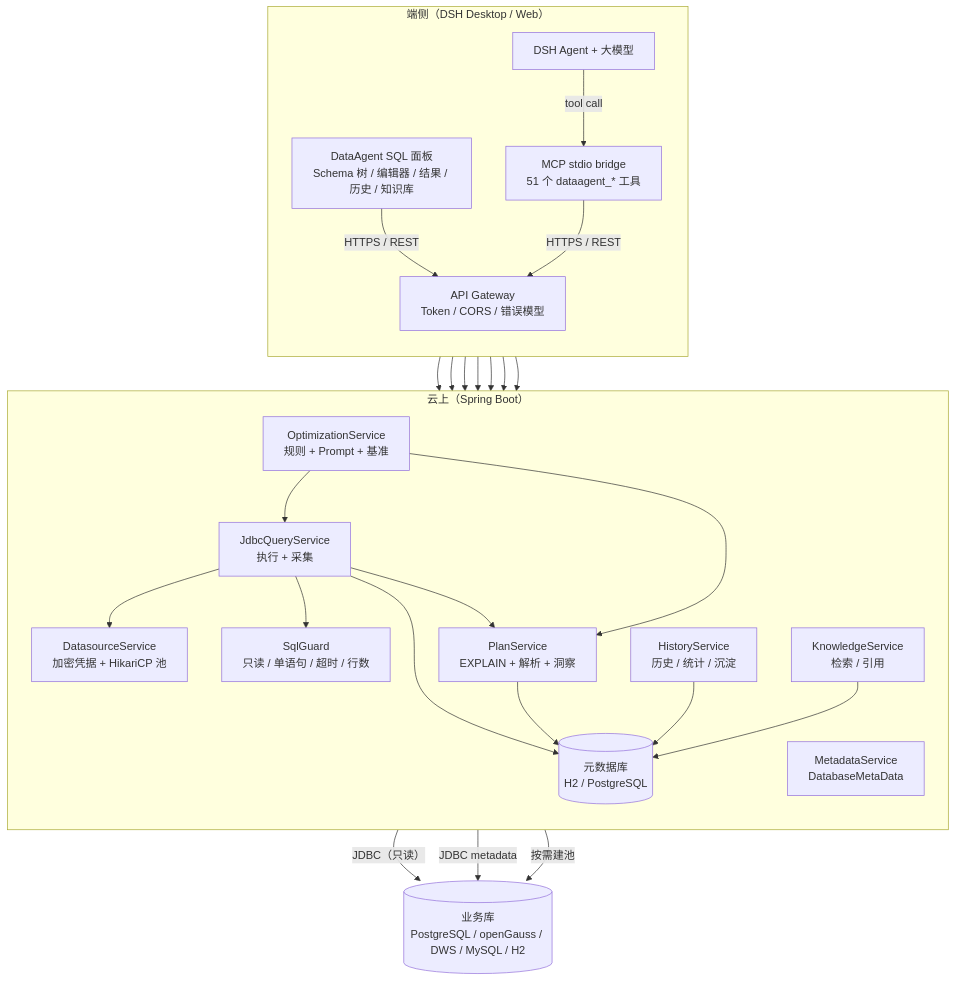
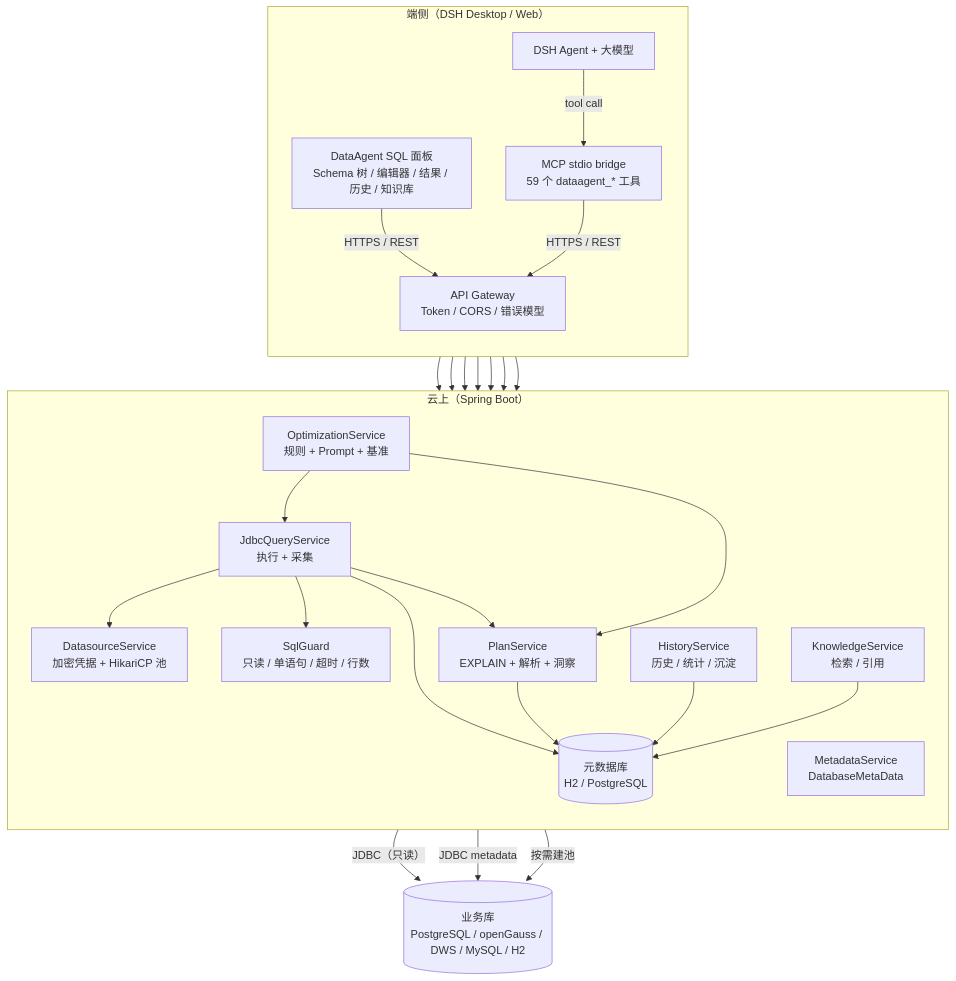
Before and after one commit to whllowp/DataAgent: the first of 6 diagrams in docs/ARCHITECTURE.md, drawn with Mermaid. The commit also changed other lines of this file and 42 other files, not shown here.

````diff
--- a/docs/ARCHITECTURE.md
+++ b/docs/ARCHITECTURE.md
@@ -25,47 +25,47 @@
 ```mermaid
 flowchart TB
   subgraph Edge["端侧（DSH Desktop / Web）"]
     direction TB
     Panel["DataAgent SQL 面板<br/>Schema 树 / 编辑器 / 结果 / 历史 / 知识库"]
     DSH["DSH Agent + 大模型"]
-    MCP["MCP stdio bridge<br/>51 个 dataagent_* 工具"]
+    MCP["MCP stdio bridge<br/>59 个 dataagent_* 工具"]
     Panel -->|"HTTPS / REST"| Gateway
     DSH -->|"tool call"| MCP
     MCP -->|"HTTPS / REST"| Gateway
   end
 
   subgraph Cloud["云上（Spring Boot）"]
     direction TB
     Gateway["API Gateway<br/>Token / CORS / 错误模型"]
     DS["DatasourceService<br/>加密凭据 + HikariCP 池"]
     Meta["MetadataService<br/>DatabaseMetaData"]
     Guard["SqlGuard<br/>只读 / 单语句 / 超时 / 行数"]
     Exec["JdbcQueryService<br/>执行 + 采集"]
     Plan["PlanService<br/>EXPLAIN + 解析 + 洞察"]
     Hist["HistoryService<br/>历史 / 统计 / 沉淀"]
     KB["KnowledgeService<br/>检索 / 引用"]
     Opt["OptimizationService<br/>规则 + Prompt + 基准"]
     Store[("元数据库<br/>H2 / PostgreSQL")]
     Gateway --> DS
     Gateway --> Meta
     Gateway --> Guard
     Gateway --> Exec
     Gateway --> Hist
     Gateway --> KB
     Gateway --> Opt
     Exec --> Guard
     Exec --> DS
     Exec --> Plan
     Exec --> Store
     Plan --> Store
     Hist --> Store
     KB --> Store
     Opt --> Exec
     Opt --> Plan
   end
 
   DB[("业务库<br/>PostgreSQL / openGauss / DWS / MySQL / H2")]
   Exec -->|"JDBC（只读）"| DB
   Meta -->|"JDBC metadata"| DB
   DS -->|"按需建池"| DB
 ```
````
